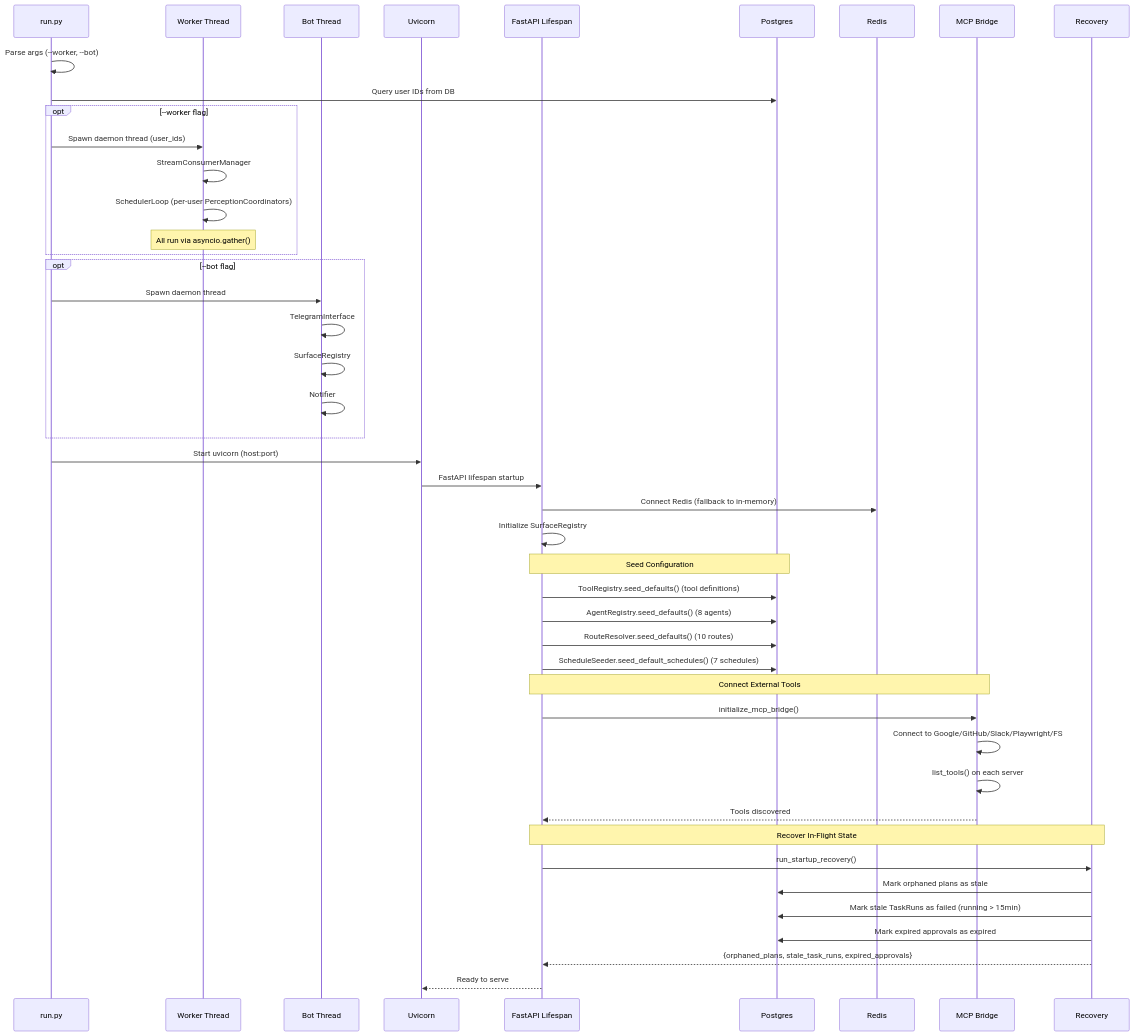
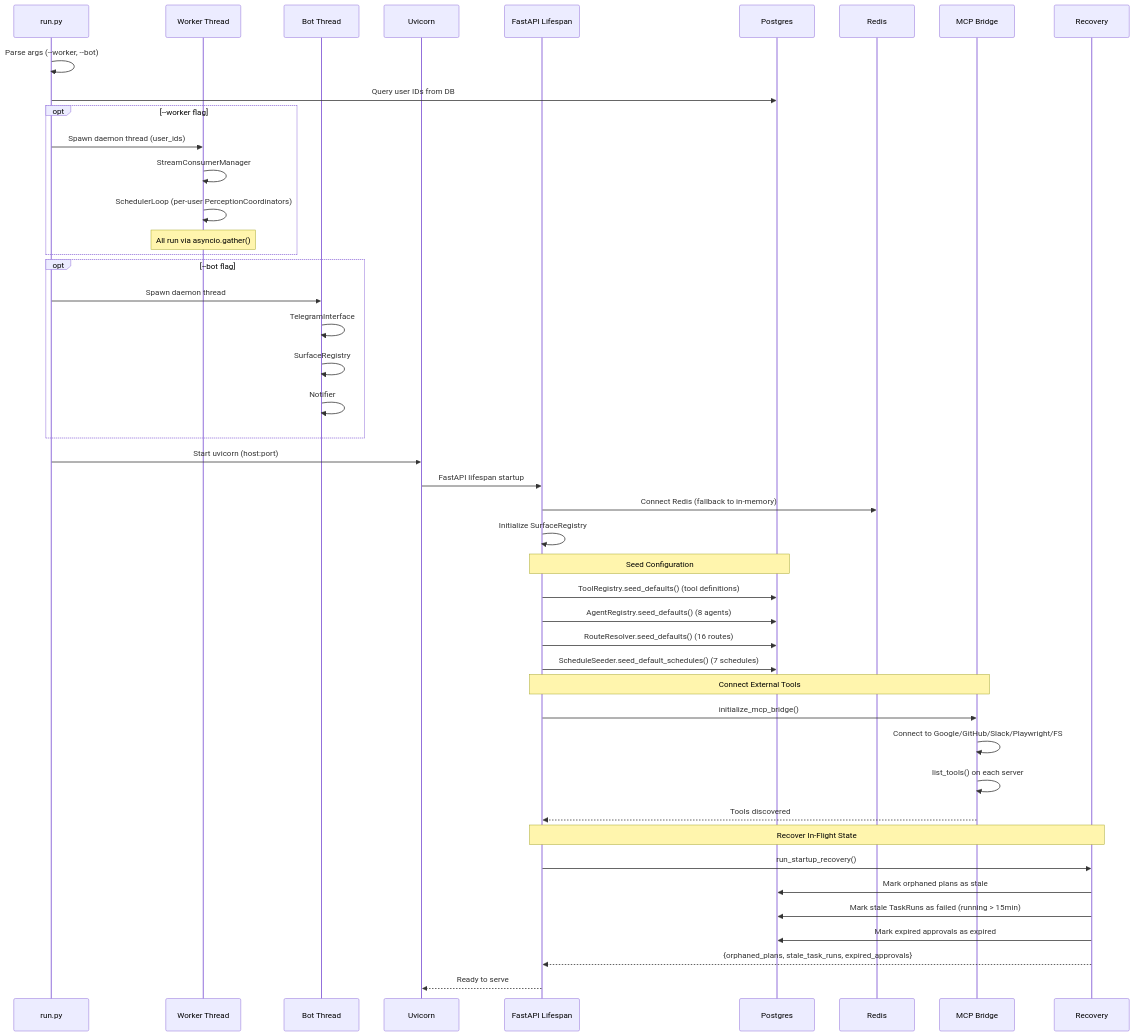
Before and after one commit to shivadharmi/muldro: the first of 3 diagrams in docs/architecture/startup.md, drawn with Mermaid. The commit also changed other lines of this file and 25 other files, not shown here.

````diff
--- a/docs/architecture/startup.md
+++ b/docs/architecture/startup.md
@@ -5,56 +5,56 @@
 ```mermaid
 sequenceDiagram
     participant R as run.py
     participant W as Worker Thread
     participant B as Bot Thread
     participant UV as Uvicorn
     participant APP as FastAPI Lifespan
     participant DB as Postgres
     participant RD as Redis
     participant MCP as MCP Bridge
     participant REC as Recovery
 
     R->>R: Parse args (--worker, --bot)
     R->>DB: Query user IDs from DB
 
     opt --worker flag
         R->>W: Spawn daemon thread (user_ids)
         W->>W: StreamConsumerManager
         W->>W: SchedulerLoop (per-user PerceptionCoordinators)
         Note over W: All run via asyncio.gather()
     end
 
     opt --bot flag
         R->>B: Spawn daemon thread
         B->>B: TelegramInterface
         B->>B: SurfaceRegistry
         B->>B: Notifier
     end
 
     R->>UV: Start uvicorn (host:port)
     UV->>APP: FastAPI lifespan startup
 
     APP->>RD: Connect Redis (fallback to in-memory)
     APP->>APP: Initialize SurfaceRegistry
 
     Note over APP,DB: Seed Configuration
     APP->>DB: ToolRegistry.seed_defaults() (tool definitions)
     APP->>DB: AgentRegistry.seed_defaults() (8 agents)
-    APP->>DB: RouteResolver.seed_defaults() (10 routes)
+    APP->>DB: RouteResolver.seed_defaults() (16 routes)
     APP->>DB: ScheduleSeeder.seed_default_schedules() (7 schedules)
 
     Note over APP,MCP: Connect External Tools
     APP->>MCP: initialize_mcp_bridge()
     MCP->>MCP: Connect to Google/GitHub/Slack/Playwright/FS
     MCP->>MCP: list_tools() on each server
     MCP-->>APP: Tools discovered
 
     Note over APP,REC: Recover In-Flight State
     APP->>REC: run_startup_recovery()
     REC->>DB: Mark orphaned plans as stale
     REC->>DB: Mark stale TaskRuns as failed (running > 15min)
     REC->>DB: Mark expired approvals as expired
     REC-->>APP: {orphaned_plans, stale_task_runs, expired_approvals}
 
     APP-->>UV: Ready to serve
 ```
````
